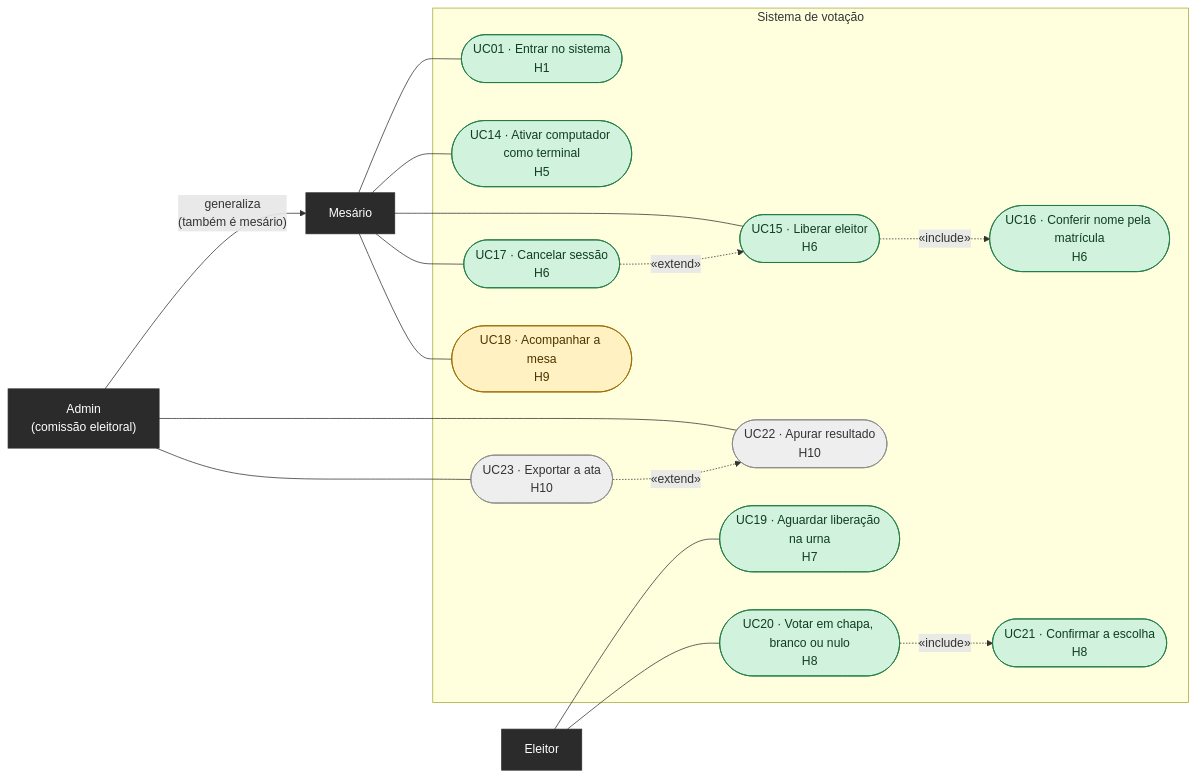
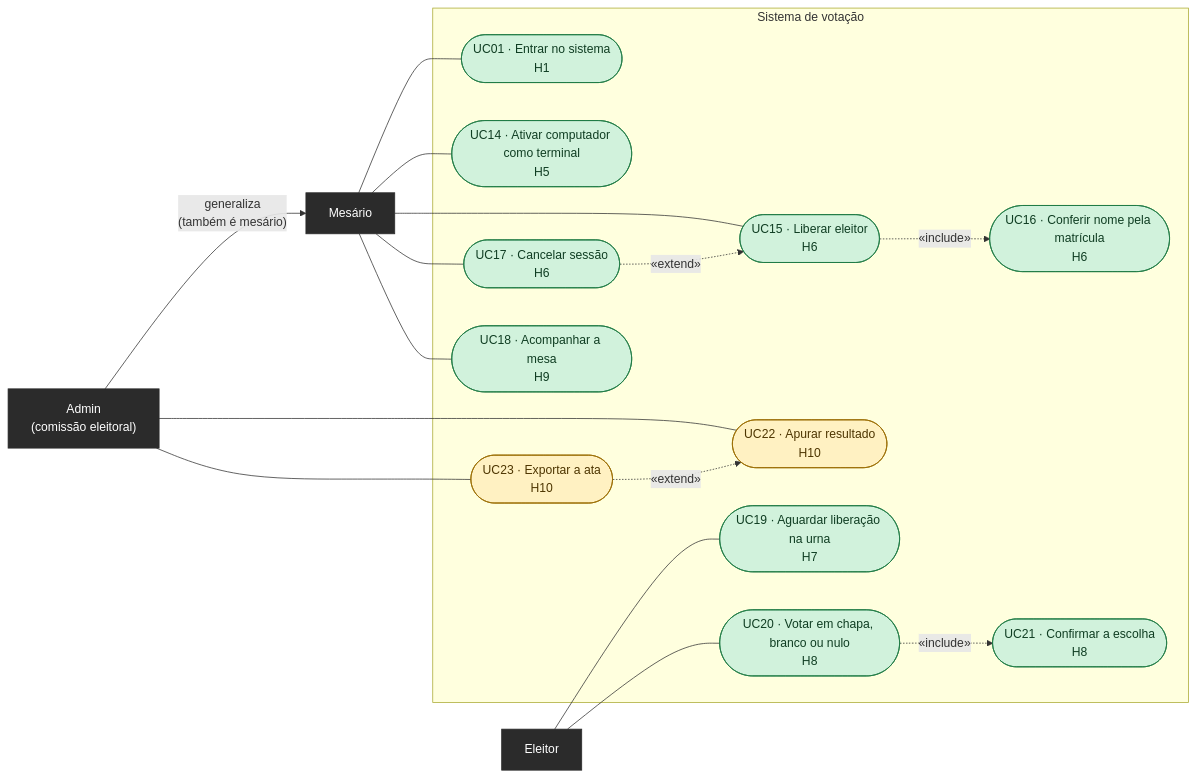
Before and after one commit to prof-ronildo-unicatolica/votacao-digitech: the third of 11 diagrams in docs/DIAGRAMAS.md, drawn with Mermaid. The commit also changed other lines of this file and 13 other files, not shown here.

````diff
--- a/docs/DIAGRAMAS.md
+++ b/docs/DIAGRAMAS.md
@@ -81,45 +81,45 @@
 ```mermaid
 flowchart LR
     ADM["Admin<br/>(comissão eleitoral)"]:::ator
     MES["Mesário"]:::ator
     ELE["Eleitor"]:::ator
     ADM -- "generaliza<br/>(também é mesário)" --> MES
 
     subgraph SIS["Sistema de votação"]
         UC01(["UC01 · Entrar no sistema<br/>H1"])
         UC14(["UC14 · Ativar computador como terminal<br/>H5"])
         UC15(["UC15 · Liberar eleitor<br/>H6"])
         UC16(["UC16 · Conferir nome pela matrícula<br/>H6"])
         UC17(["UC17 · Cancelar sessão<br/>H6"])
         UC18(["UC18 · Acompanhar a mesa<br/>H9"])
         UC19(["UC19 · Aguardar liberação na urna<br/>H7"])
         UC20(["UC20 · Votar em chapa, branco ou nulo<br/>H8"])
         UC21(["UC21 · Confirmar a escolha<br/>H8"])
         UC22(["UC22 · Apurar resultado<br/>H10"])
         UC23(["UC23 · Exportar a ata<br/>H10"])
     end
 
     MES --- UC01
     MES --- UC14
     MES --- UC15
     MES --- UC17
     MES --- UC18
     ELE --- UC19
     ELE --- UC20
     ADM --- UC22
     ADM --- UC23
 
     UC15 -. "«include»" .-> UC16
     UC17 -. "«extend»" .-> UC15
     UC20 -. "«include»" .-> UC21
     UC23 -. "«extend»" .-> UC22
 
     class UC01,UC14,UC15,UC16,UC17,UC19 feito
     class UC20,UC21 feito
-    class UC18 revisao
-    class UC22,UC23 afazer
+    class UC18 feito
+    class UC22,UC23 revisao
     classDef ator fill:#2b2b2b,stroke:#2b2b2b,color:#ffffff
     classDef feito fill:#d1f2dc,stroke:#1e7a44,color:#0f3d22
     classDef revisao fill:#fff1c2,stroke:#9a6b00,color:#4d3500
     classDef afazer fill:#eeeeee,stroke:#8a8a8a,color:#333333
 ```
````
